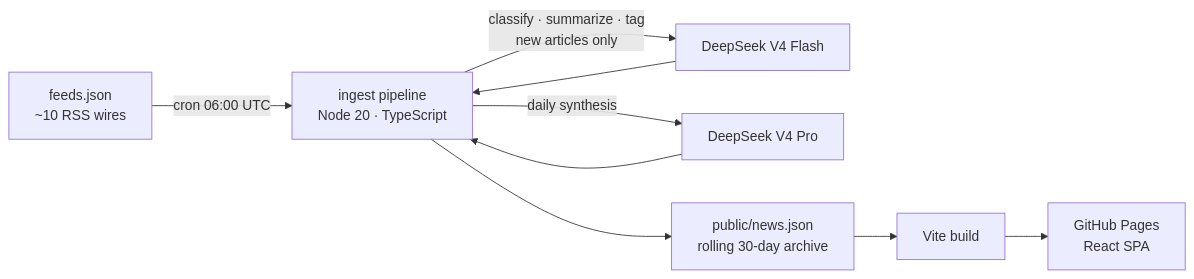
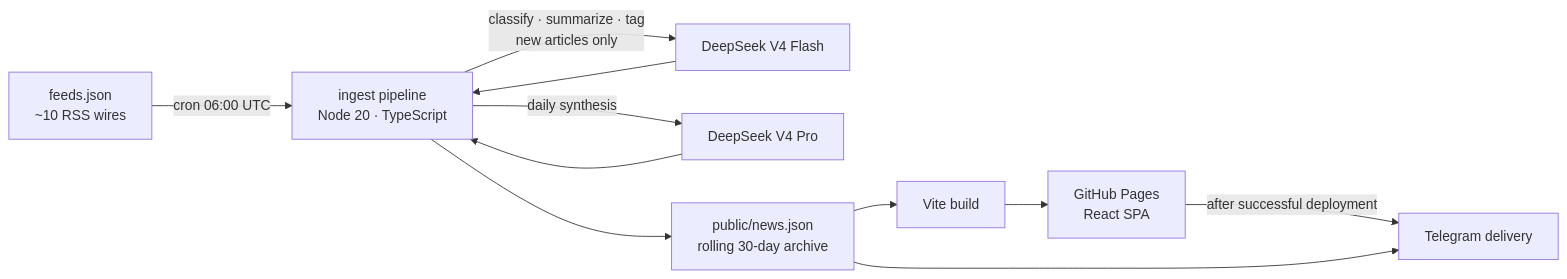
One commit to marco144803025/AI-News-Reader changed the diagram in README.md. Above: the diagram before and after it, drawn with Mermaid. The commit also changed other lines of this file and 13 other files, not shown here.

````diff
--- a/README.md
+++ b/README.md
@@ -39,11 +42,13 @@
 ```mermaid
 flowchart LR
     F[feeds.json<br/>~10 RSS wires] -->|cron 06:00 UTC| I[ingest pipeline<br/>Node 20 · TypeScript]
     I -->|classify · summarize · tag<br/>new articles only| C[DeepSeek V4 Flash]
     C --> I
     I -->|daily synthesis| D[DeepSeek V4 Pro]
     D --> I
     I --> J[public/news.json<br/>rolling 30-day archive]
     J --> B[Vite build]
     B --> P[GitHub Pages<br/>React SPA]
+    P -->|after successful deployment| T[Telegram delivery]
+    J --> T
 ```
````
